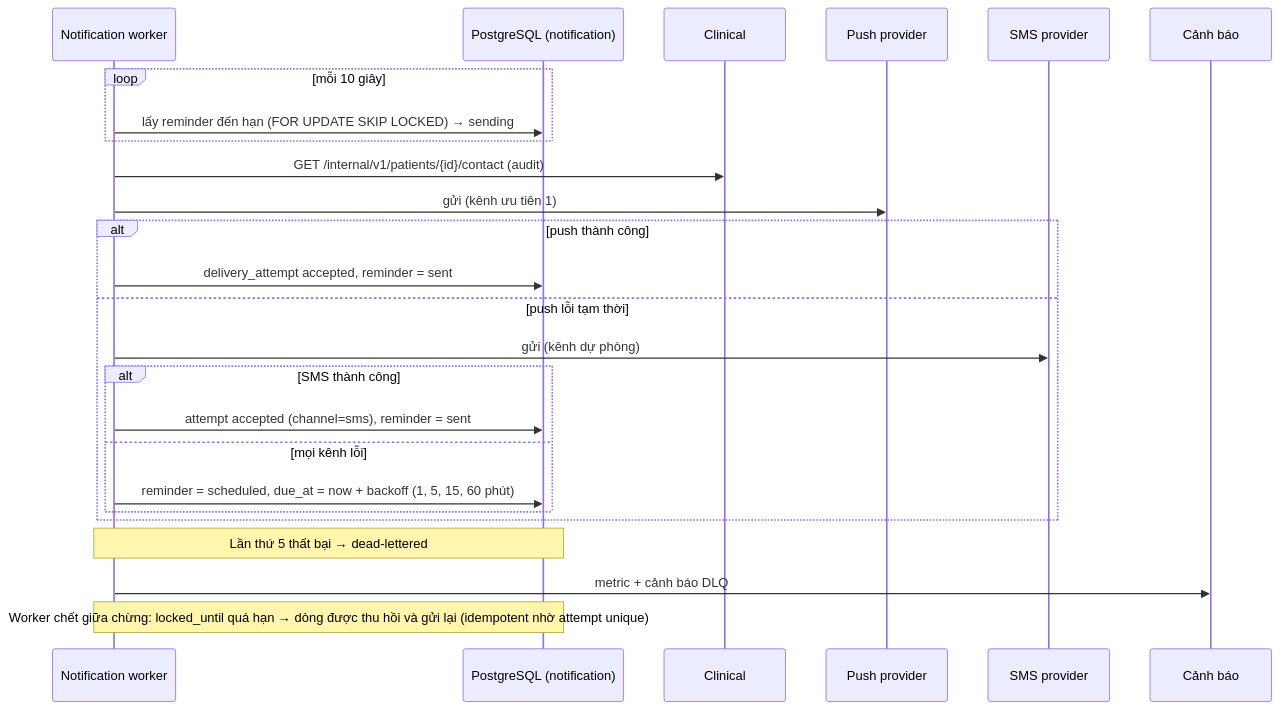
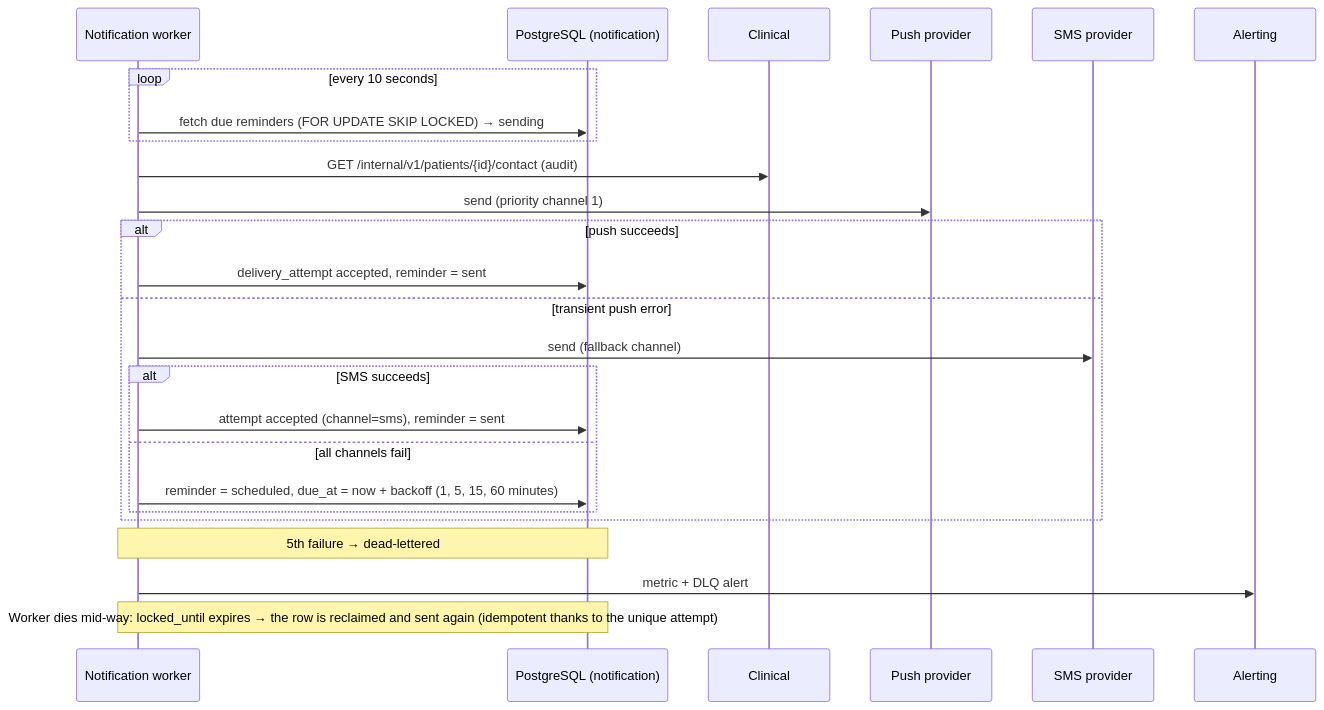
Before and after one commit to viethung12062005/smart-hospital-platform: the second of 6 diagrams in docs/03-architecture/detailed-design/14-sequences.md, drawn with Mermaid. The commit also changed other lines of this file and 346 other files, not shown here.

````diff
--- a/docs/03-architecture/detailed-design/14-sequences.md
+++ b/docs/03-architecture/detailed-design/14-sequences.md
@@ -57,28 +57,28 @@
 ```mermaid
 sequenceDiagram
     participant W as Notification worker
     participant DB as PostgreSQL (notification)
     participant CLN as Clinical
     participant PUSH as Push provider
     participant SMS as SMS provider
-    participant OBS as Cảnh báo
+    participant OBS as Alerting
 
-    loop mỗi 10 giây
-        W->>DB: lấy reminder đến hạn (FOR UPDATE SKIP LOCKED) → sending
+    loop every 10 seconds
+        W->>DB: fetch due reminders (FOR UPDATE SKIP LOCKED) → sending
     end
     W->>CLN: GET /internal/v1/patients/{id}/contact (audit)
-    W->>PUSH: gửi (kênh ưu tiên 1)
-    alt push thành công
+    W->>PUSH: send (priority channel 1)
+    alt push succeeds
         W->>DB: delivery_attempt accepted, reminder = sent
-    else push lỗi tạm thời
-        W->>SMS: gửi (kênh dự phòng)
-        alt SMS thành công
+    else transient push error
+        W->>SMS: send (fallback channel)
+        alt SMS succeeds
             W->>DB: attempt accepted (channel=sms), reminder = sent
-        else mọi kênh lỗi
-            W->>DB: reminder = scheduled, due_at = now + backoff (1, 5, 15, 60 phút)
+        else all channels fail
+            W->>DB: reminder = scheduled, due_at = now + backoff (1, 5, 15, 60 minutes)
         end
     end
-    Note over W,DB: Lần thứ 5 thất bại → dead-lettered
-    W->>OBS: metric + cảnh báo DLQ
-    Note over W,DB: Worker chết giữa chừng: locked_until quá hạn → dòng được thu hồi và gửi lại (idempotent nhờ attempt unique)
+    Note over W,DB: 5th failure → dead-lettered
+    W->>OBS: metric + DLQ alert
+    Note over W,DB: Worker dies mid-way: locked_until expires → the row is reclaimed and sent again (idempotent thanks to the unique attempt)
 ```
````
